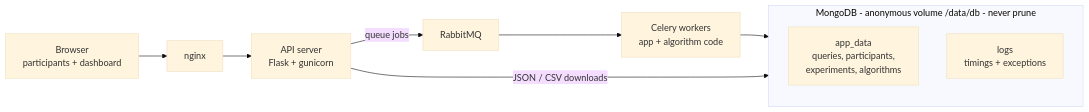
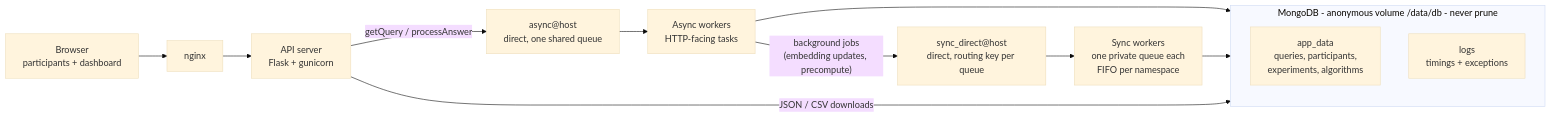
Before and after one commit to siplab-gt/NEXT: the fourth of 4 diagrams in DEV_DOCUMENTATION.md, drawn with Mermaid (base theme). The commit also changed other lines of this file and 25 other files, not shown here.

First line of the commit message:
Prolific flow, flexible traps, trap exports, and one-step-ahead InfoTuple precompute (#3)

````diff
--- a/DEV_DOCUMENTATION.md
+++ b/DEV_DOCUMENTATION.md
@@ -815,13 +833,16 @@
 ```mermaid
 flowchart LR
     B["Browser<br>participants + dashboard"] --> N["nginx"]
     N --> A["API server<br>Flask + gunicorn"]
-    A -->|"queue jobs"| Q["RabbitMQ"]
-    Q --> W["Celery workers<br>app + algorithm code"]
-    W --> DB
+    A -->|"getQuery / processAnswer"| QA["async@host<br>direct, one shared queue"]
+    QA --> WA["Async workers<br>HTTP-facing tasks"]
+    WA -->|"background jobs<br>(embedding updates, precompute)"| QS["sync_direct@host<br>direct, routing key per queue"]
+    QS --> WS["Sync workers<br>one private queue each<br>FIFO per namespace"]
+    WA --> DB
+    WS --> DB
     A -->|"JSON / CSV downloads"| DB
     subgraph DB["MongoDB - anonymous volume /data/db - never prune"]
         D1["app_data<br>queries, participants,<br>experiments, algorithms"]
         D2["logs<br>timings + exceptions"]
     end
 ```
````
